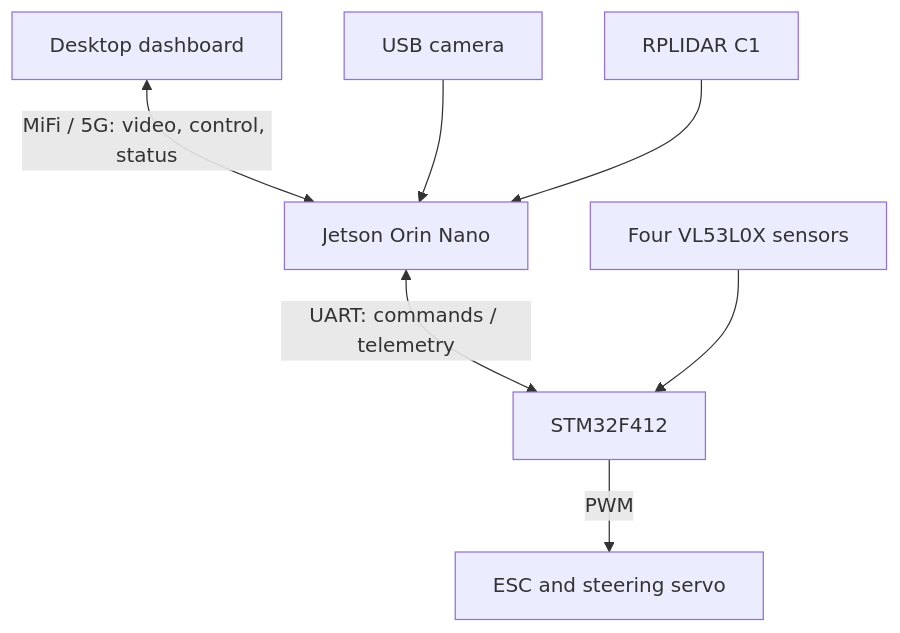
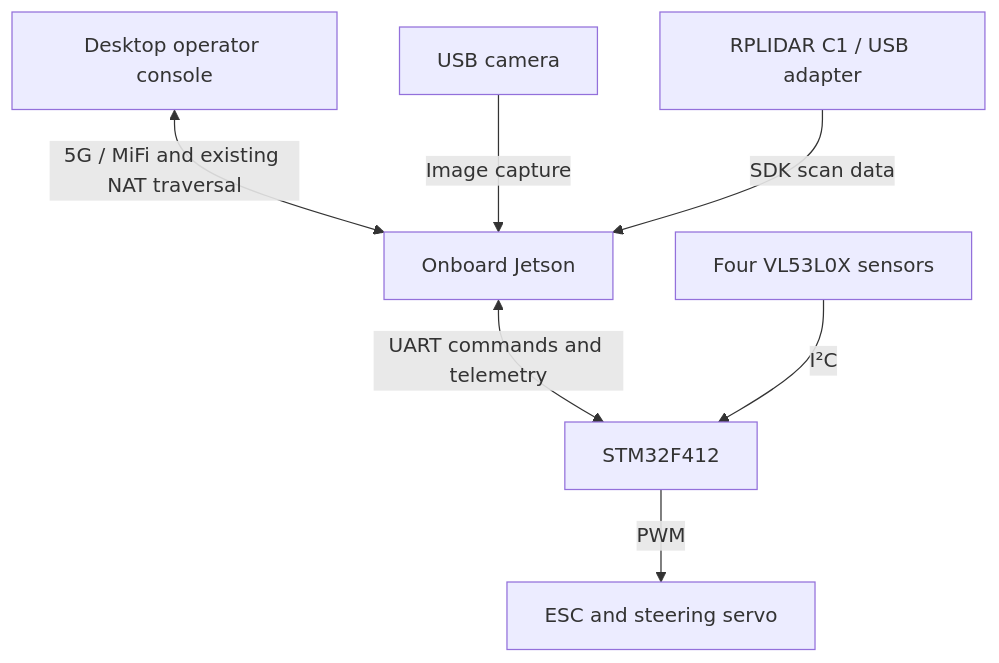
The second of 2 diagrams in README.en.md (fan-gu-hao/minitesla-jetson-stm32), drawn with Mermaid before and after one commit. The commit also changed other lines of this file and 1 other file, not shown here.

````diff
--- a/README.en.md
+++ b/README.en.md
@@ -21,9 +137,9 @@
 ```mermaid
 flowchart TD
-    PC["Desktop dashboard"] <-->|"MiFi / 5G: video, control, status"| J["Jetson Orin Nano"]
-    CAM["USB camera"] --> J
-    LIDAR["RPLIDAR C1"] --> J
-    J <-->|"UART: commands / telemetry"| M["STM32F412"]
-    TOF["Four VL53L0X sensors"] --> M
-    M -->|"PWM"| ACT["ESC and steering servo"]
+    PC["Desktop operator console"] <-->|"5G / MiFi and existing NAT traversal"| J["Onboard Jetson"]
+    CAM["USB camera"] -->|"Image capture"| J
+    LIDAR["RPLIDAR C1 / USB adapter"] -->|"SDK scan data"| J
+    J <-->|"UART commands and telemetry"| M["STM32F412"]
+    TOF["Four VL53L0X sensors"] -->|"I²C"| M
+    M -->|"PWM"| DRIVE["ESC and steering servo"]
 ```
````
